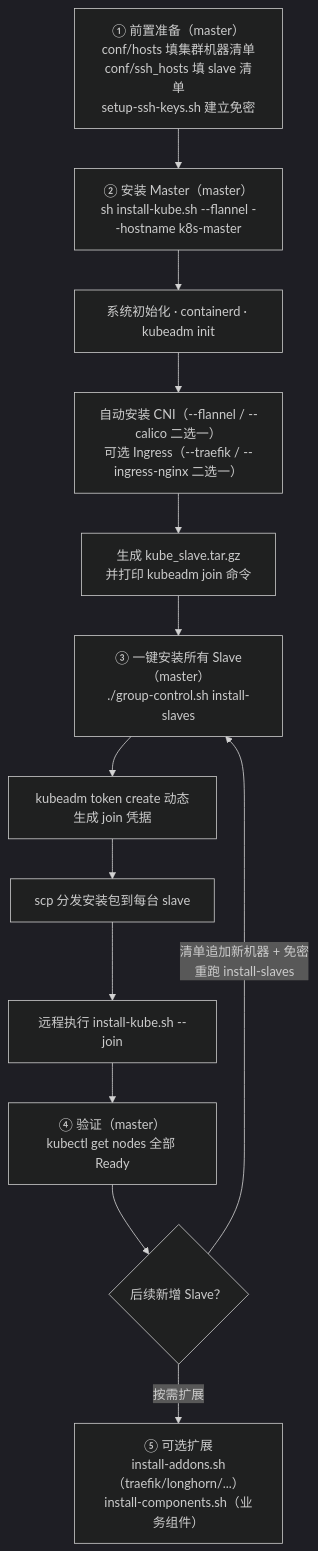
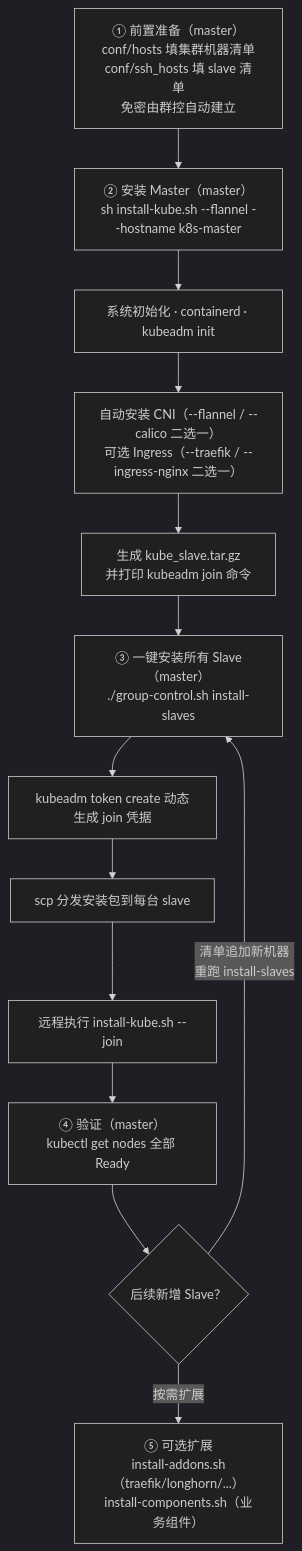
The second of 2 diagrams in README.md (kamalyes/tarzan), drawn with Mermaid (dark theme) before and after one commit. The commit also changed other lines of this file and 4 other files, not shown here.

````diff
--- a/README.md
+++ b/README.md
@@ -32,15 +32,15 @@
 ```mermaid
 flowchart TD
-    A["① 前置准备（master）<br/>conf/hosts 填集群机器清单<br/>conf/ssh_hosts 填 slave 清单<br/>setup-ssh-keys.sh 建立免密"] --> B["② 安装 Master（master）<br/>sh install-kube.sh --flannel --hostname k8s-master"]
+    A["① 前置准备（master）<br/>conf/hosts 填集群机器清单<br/>conf/ssh_hosts 填 slave 清单<br/>免密由群控自动建立"] --> B["② 安装 Master（master）<br/>sh install-kube.sh --flannel --hostname k8s-master"]
     B --> B1["系统初始化 · containerd · kubeadm init"]
     B1 --> B2["自动安装 CNI（--flannel / --calico 二选一）<br/>可选 Ingress（--traefik / --ingress-nginx 二选一）"]
     B2 --> B3["生成 kube_slave.tar.gz<br/>并打印 kubeadm join 命令"]
     B3 --> C["③ 一键安装所有 Slave（master）<br/>./group-control.sh install-slaves"]
     C --> C1["kubeadm token create 动态生成 join 凭据"]
     C1 --> C2["scp 分发安装包到每台 slave"]
     C2 --> C3["远程执行 install-kube.sh --join"]
     C3 --> D["④ 验证（master）<br/>kubectl get nodes 全部 Ready"]
     D --> E{"后续新增 Slave？"}
-    E -- "清单追加新机器 + 免密<br/>重跑 install-slaves" --> C
+    E -- "清单追加新机器<br/>重跑 install-slaves" --> C
     E -- "按需扩展" --> F["⑤ 可选扩展<br/>install-addons.sh（traefik/longhorn/...）<br/>install-components.sh（业务组件）"]
 ```
````
